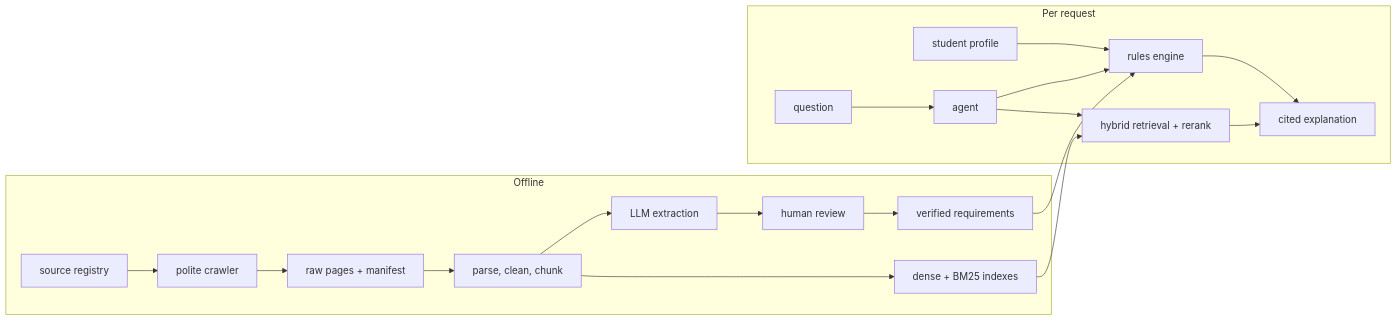
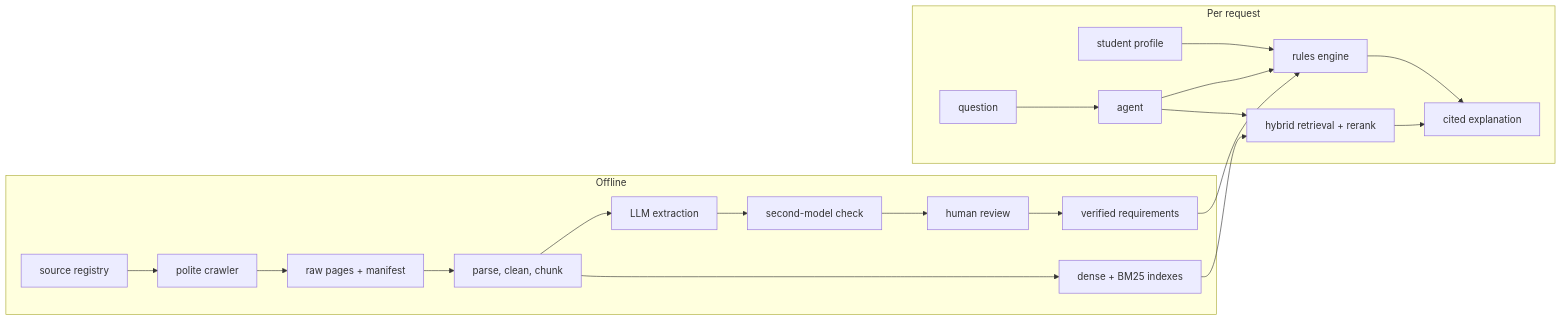
The diagram in README.md (PranavMaheshwari06/Project_Rag), drawn with Mermaid before and after one commit. The commit also changed other lines of this file and 2 other files, not shown here.

````diff
--- a/README.md
+++ b/README.md
@@ -27,22 +27,23 @@
 ```mermaid
 flowchart LR
     subgraph Offline
         REG[source registry] --> CR[polite crawler]
         CR --> RAW[raw pages + manifest]
         RAW --> ING[parse, clean, chunk]
         ING --> IDX[dense + BM25 indexes]
         ING --> EXT[LLM extraction]
-        EXT --> REV[human review]
+        EXT --> CHK[second-model check]
+        CHK --> REV[human review]
         REV --> REQ[verified requirements]
     end
     subgraph Per request
         P[student profile] --> RE[rules engine]
         REQ --> RE
         Q[question] --> AG[agent]
         AG --> RET[hybrid retrieval + rerank]
         IDX --> RET
         AG --> RE
         RE --> EXP[cited explanation]
         RET --> EXP
     end
 ```
````
